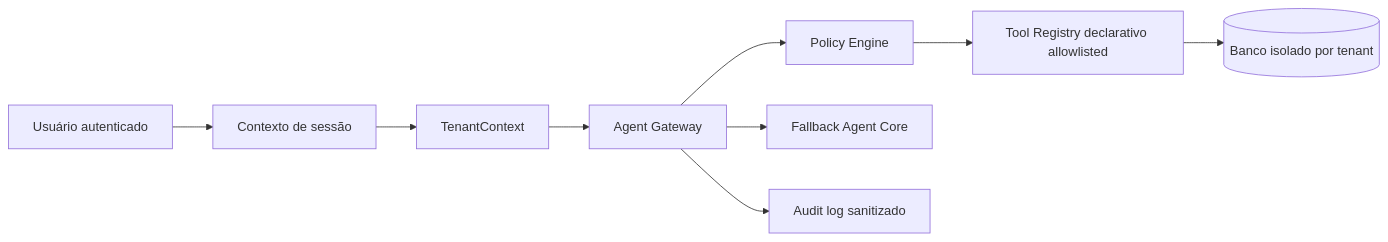
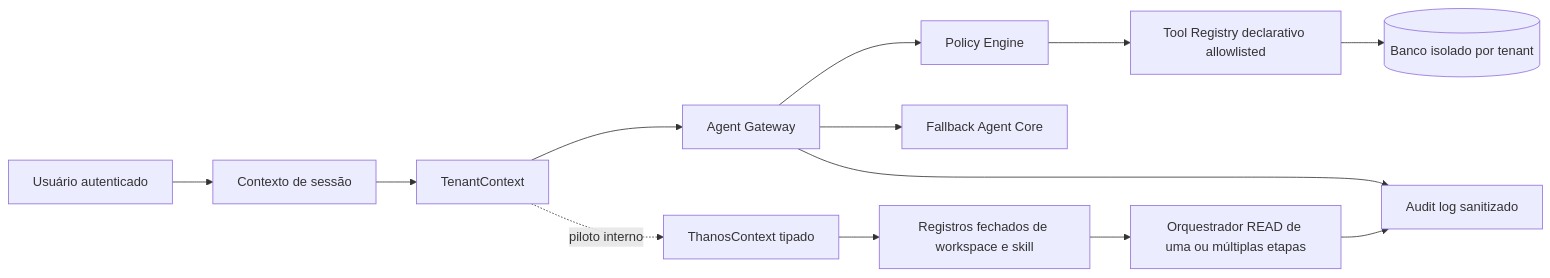
One commit to cuecagg-oss/pastoral-agent-platform changed the diagram in ARCHITECTURE_BASELINE.md. Above: the diagram before and after it, drawn with Mermaid. The commit also changed other lines of this file and 8 other files, not shown here.

````diff
--- a/ARCHITECTURE_BASELINE.md
+++ b/ARCHITECTURE_BASELINE.md
@@ -22,11 +25,15 @@
 ```mermaid
 flowchart LR
   U[Usuário autenticado] --> C[Contexto de sessão]
   C --> T[TenantContext]
   T --> G[Agent Gateway]
   G --> P[Policy Engine]
   P --> R[Tool Registry declarativo allowlisted]
   G --> F[Fallback Agent Core]
   R --> DB[(Banco isolado por tenant)]
   G --> A[Audit log sanitizado]
+  T -. piloto interno .-> X[ThanosContext tipado]
+  X --> W[Registros fechados de workspace e skill]
+  W --> O[Orquestrador READ de uma ou múltiplas etapas]
+  O --> A
 ```
````
